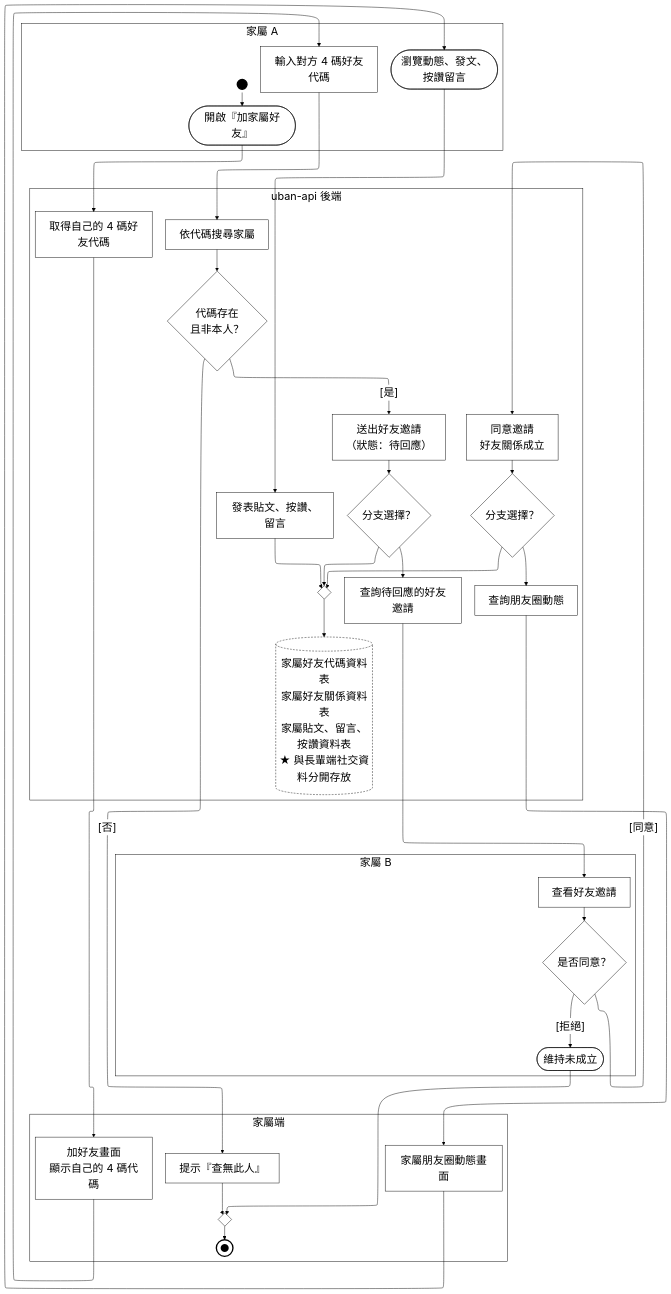
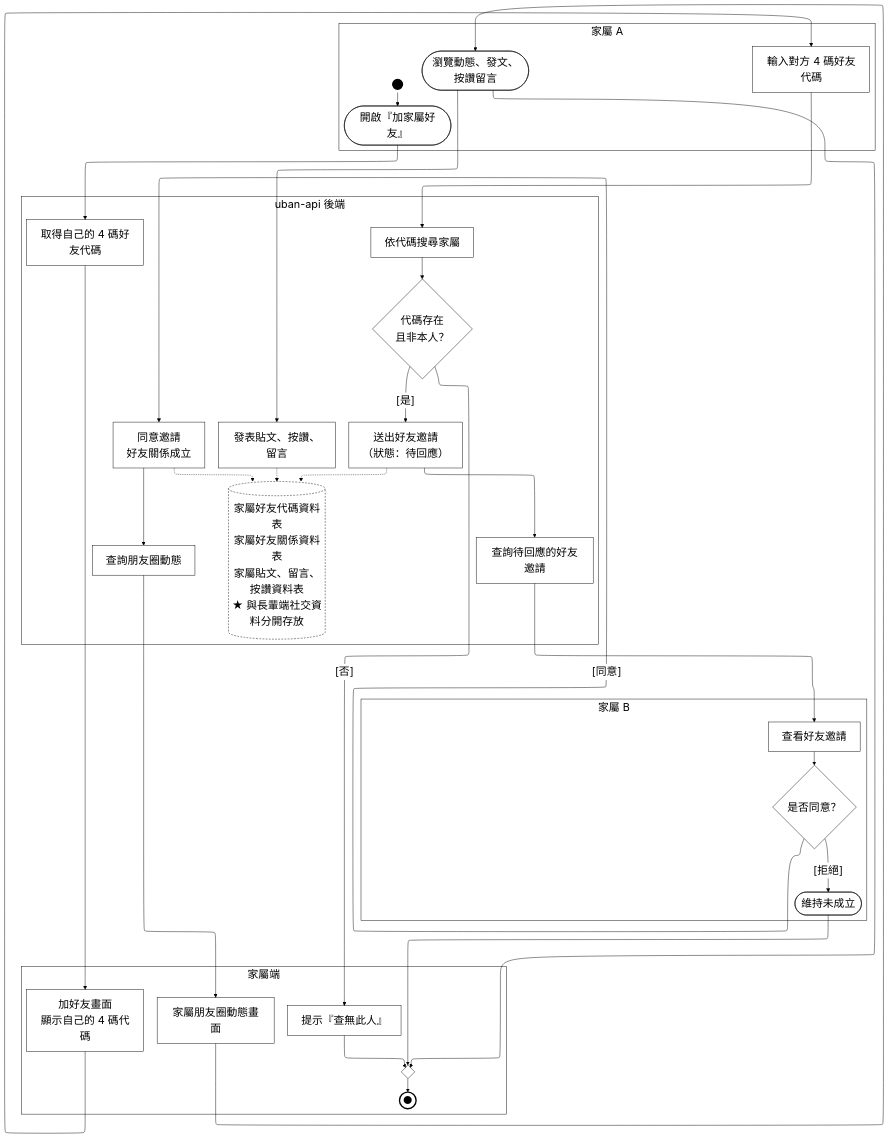
The diagram in Uban System Documents/mermaid原始碼/A18-家屬社交.mmd (HuangYu-Kai/Uban), drawn with Mermaid before and after one commit. The commit also changed 116 other files, not shown here.

```diff
--- a/Uban System Documents/mermaid原始碼/A18-家屬社交.mmd
+++ b/Uban System Documents/mermaid原始碼/A18-家屬社交.mmd
@@ -1,72 +1,67 @@
 %%{init:{"layout":"elk","elk":{"mergeEdges":false,"nodePlacementStrategy":"NETWORK_SIMPLEX"},"flowchart":{"htmlLabels":true},"themeVariables":{"clusterBkg":"#FFFFFF","clusterBorder":"#000000","edgeLabelBackground":"#FFFFFF","textColor":"#000000","nodeTextColor":"#000000","titleColor":"#000000","lineColor":"#000000","fontSize":"24px"}}}%%
 flowchart TD
   %% 鎖住泳道順序：ELK 不照宣告順序排，沒有這條鏈後端會跑到最上面
   subgraph ROLE["家屬 A"]
     PAD_ROLE["&nbsp;&nbsp;&nbsp;&nbsp;&nbsp;&nbsp;&nbsp;&nbsp;&nbsp;&nbsp;&nbsp;&nbsp;&nbsp;&nbsp;&nbsp;&nbsp;&nbsp;&nbsp;&nbsp;&nbsp;&nbsp;&nbsp;&nbsp;&nbsp;&nbsp;&nbsp;&nbsp;&nbsp;&nbsp;&nbsp;&nbsp;&nbsp;&nbsp;&nbsp;&nbsp;&nbsp;&nbsp;&nbsp;&nbsp;&nbsp;&nbsp;&nbsp;&nbsp;&nbsp;&nbsp;&nbsp;&nbsp;&nbsp;&nbsp;&nbsp;&nbsp;&nbsp;&nbsp;&nbsp;&nbsp;&nbsp;"]:::pad
     ST_S1(("&nbsp;")):::term
     S1([開啟『加家屬好友』]):::act
     S2["輸入對方 4 碼好友代碼"]:::act
     S3(["瀏覽動態、發文、按讚留言"]):::act
   end
   subgraph ROLE2["家屬 B"]
-    PAD_ROLE2["&nbsp;&nbsp;&nbsp;&nbsp;&nbsp;&nbsp;&nbsp;&nbsp;&nbsp;&nbsp;&nbsp;&nbsp;&nbsp;&nbsp;&nbsp;&nbsp;&nbsp;&nbsp;&nbsp;&nbsp;&nbsp;&nbsp;&nbsp;&nbsp;&nbsp;&nbsp;&nbsp;&nbsp;&nbsp;&nbsp;&nbsp;&nbsp;&nbsp;&nbsp;&nbsp;&nbsp;&nbsp;&nbsp;&nbsp;&nbsp;&nbsp;&nbsp;&nbsp;&nbsp;&nbsp;&nbsp;&nbsp;&nbsp;&nbsp;&nbsp;&nbsp;&nbsp;&nbsp;&nbsp;&nbsp;&nbsp;&nbsp;&nbsp;&nbsp;&nbsp;&nbsp;&nbsp;&nbsp;&nbsp;&nbsp;&nbsp;&nbsp;&nbsp;&nbsp;&nbsp;&nbsp;&nbsp;&nbsp;&nbsp;&nbsp;&nbsp;&nbsp;&nbsp;&nbsp;&nbsp;&nbsp;&nbsp;&nbsp;&nbsp;&nbsp;&nbsp;&nbsp;&nbsp;&nbsp;&nbsp;&nbsp;&nbsp;&nbsp;&nbsp;&nbsp;&nbsp;&nbsp;&nbsp;&nbsp;&nbsp;&nbsp;&nbsp;&nbsp;&nbsp;&nbsp;&nbsp;&nbsp;&nbsp;&nbsp;&nbsp;&nbsp;&nbsp;&nbsp;&nbsp;&nbsp;&nbsp;&nbsp;&nbsp;&nbsp;&nbsp;&nbsp;&nbsp;&nbsp;&nbsp;"]:::pad
+    PAD_ROLE2["&nbsp;&nbsp;&nbsp;&nbsp;&nbsp;&nbsp;&nbsp;&nbsp;&nbsp;&nbsp;&nbsp;&nbsp;&nbsp;&nbsp;&nbsp;&nbsp;&nbsp;&nbsp;&nbsp;&nbsp;&nbsp;&nbsp;&nbsp;&nbsp;&nbsp;&nbsp;&nbsp;&nbsp;&nbsp;&nbsp;&nbsp;&nbsp;&nbsp;&nbsp;&nbsp;&nbsp;&nbsp;&nbsp;&nbsp;&nbsp;&nbsp;&nbsp;&nbsp;&nbsp;&nbsp;&nbsp;&nbsp;&nbsp;&nbsp;&nbsp;&nbsp;&nbsp;&nbsp;&nbsp;&nbsp;&nbsp;&nbsp;&nbsp;&nbsp;&nbsp;&nbsp;&nbsp;&nbsp;&nbsp;&nbsp;&nbsp;&nbsp;&nbsp;&nbsp;&nbsp;&nbsp;&nbsp;&nbsp;&nbsp;&nbsp;&nbsp;&nbsp;&nbsp;&nbsp;&nbsp;&nbsp;&nbsp;&nbsp;&nbsp;&nbsp;&nbsp;&nbsp;&nbsp;&nbsp;&nbsp;&nbsp;&nbsp;&nbsp;&nbsp;&nbsp;&nbsp;&nbsp;&nbsp;&nbsp;&nbsp;&nbsp;&nbsp;&nbsp;&nbsp;&nbsp;&nbsp;&nbsp;&nbsp;&nbsp;&nbsp;&nbsp;&nbsp;&nbsp;&nbsp;&nbsp;&nbsp;&nbsp;&nbsp;&nbsp;"]:::pad
     T1["查看好友邀請"]:::act
     T2{"是否同意？"}:::dec
     R1(["維持未成立"]):::act
   end
   subgraph FE["家屬端"]
     PAD_FE["&nbsp;&nbsp;&nbsp;&nbsp;&nbsp;&nbsp;&nbsp;&nbsp;&nbsp;&nbsp;&nbsp;&nbsp;&nbsp;&nbsp;&nbsp;&nbsp;&nbsp;"]:::pad
     A1["加好友畫面<br/>顯示自己的 4 碼代碼"]:::act
     A2["家屬朋友圈動態畫面"]:::act
     A3["提示『查無此人』"]:::act
     M_END{" "}:::dec
     EN_ALL(("●")):::endterm
   end
   subgraph BE["uban-api 後端"]
     B0["取得自己的 4 碼好友代碼"]:::act
     B1["依代碼搜尋家屬"]:::act
     B2{"代碼存在<br/>且非本人？"}:::dec
     B3["送出好友邀請<br/>（狀態：待回應）"]:::act
     B4["查詢待回應的好友邀請"]:::act
     B5["同意邀請<br/>好友關係成立"]:::act
     B6["查詢朋友圈動態"]:::act
     B7["發表貼文、按讚、留言"]:::act
     DB[("家屬好友代碼資料表<br/>家屬好友關係資料表<br/>家屬貼文、留言、按讚資料表<br/>★ 與長輩端社交資料分開存放")]:::gap
-    D_B3{"分支選擇？"}:::dec
-    D_B5{"分支選擇？"}:::dec
-    M_DB{" "}:::dec
   end
 
   ST_S1 --> S1
   S1 --> B0
   B0 --> A1
   A1 --> S2
   S2 --> B1
   B1 --> B2
   B2 -->|"[否]"| A3
   B2 -->|"[是]"| B3
-  D_B3 --> M_DB
-  D_B3 --> B4
+  B3 -.-> DB
+  B3 --> B4
   B4 --> T1
   T1 --> T2
   T2 -->|"[拒絕]"| R1
   T2 -->|"[同意]"| B5
-  D_B5 --> M_DB
-  D_B5 --> B6
+  B5 -.-> DB
+  B5 --> B6
   B6 --> A2
   A2 --> S3
   S3 --> B7
-  B7 --> M_DB
+  B7 -.-> DB
   R1 --> M_END
   A3 --> M_END
-  B3 --> D_B3
-  B5 --> D_B5
-  M_DB --> DB
+  S3 --> M_END
   M_END --> EN_ALL
   ROLE ~~~ ROLE2 ~~~ FE ~~~ BE
   classDef pad  fill:none,stroke:none,color:#FFFFFF
   classDef act  fill:#FFFFFF,stroke:#000000,stroke-width:1px,color:#000000
   classDef dec  fill:#FFFFFF,stroke:#000000,stroke-width:1px,color:#000000
   classDef term fill:#000000,stroke:#000000,stroke-width:3px,color:#000000
   classDef endterm fill:#FFFFFF,stroke:#000000,stroke-width:3px,color:#000000
   classDef gap  fill:#FFFFFF,stroke:#000000,stroke-width:1px,color:#000000,stroke-dasharray:4 3
```
